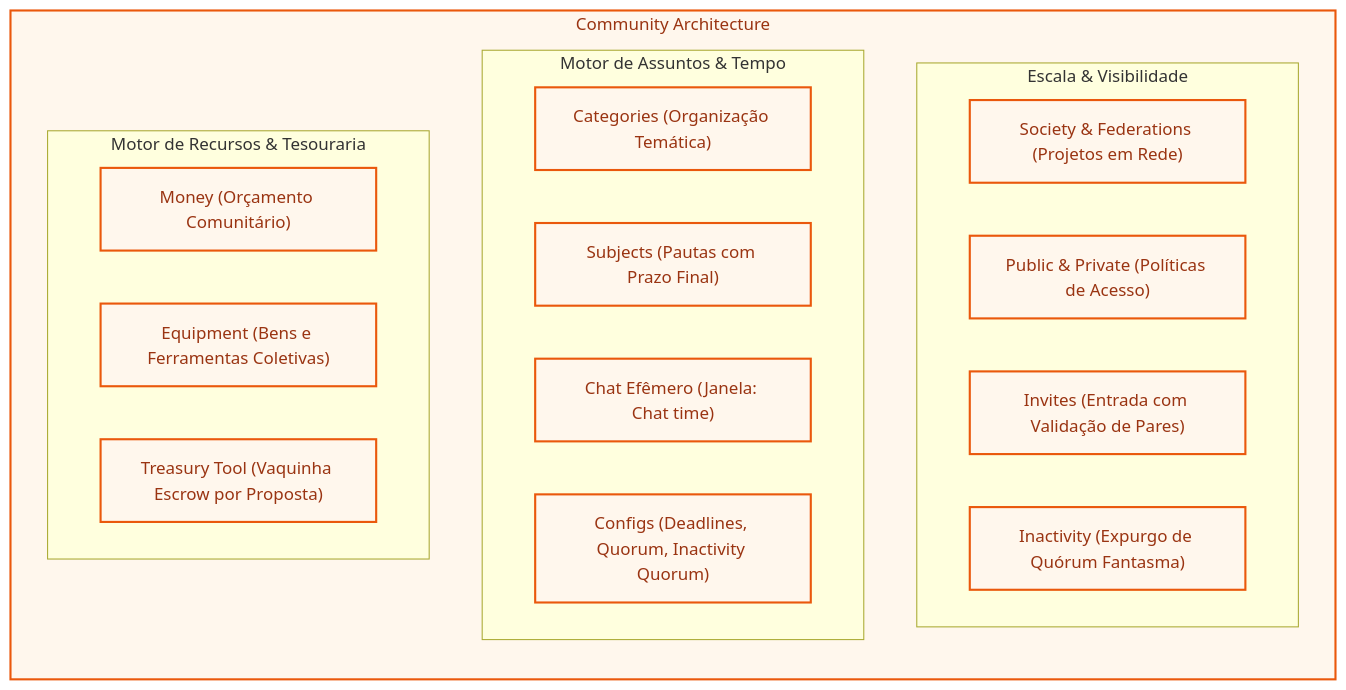
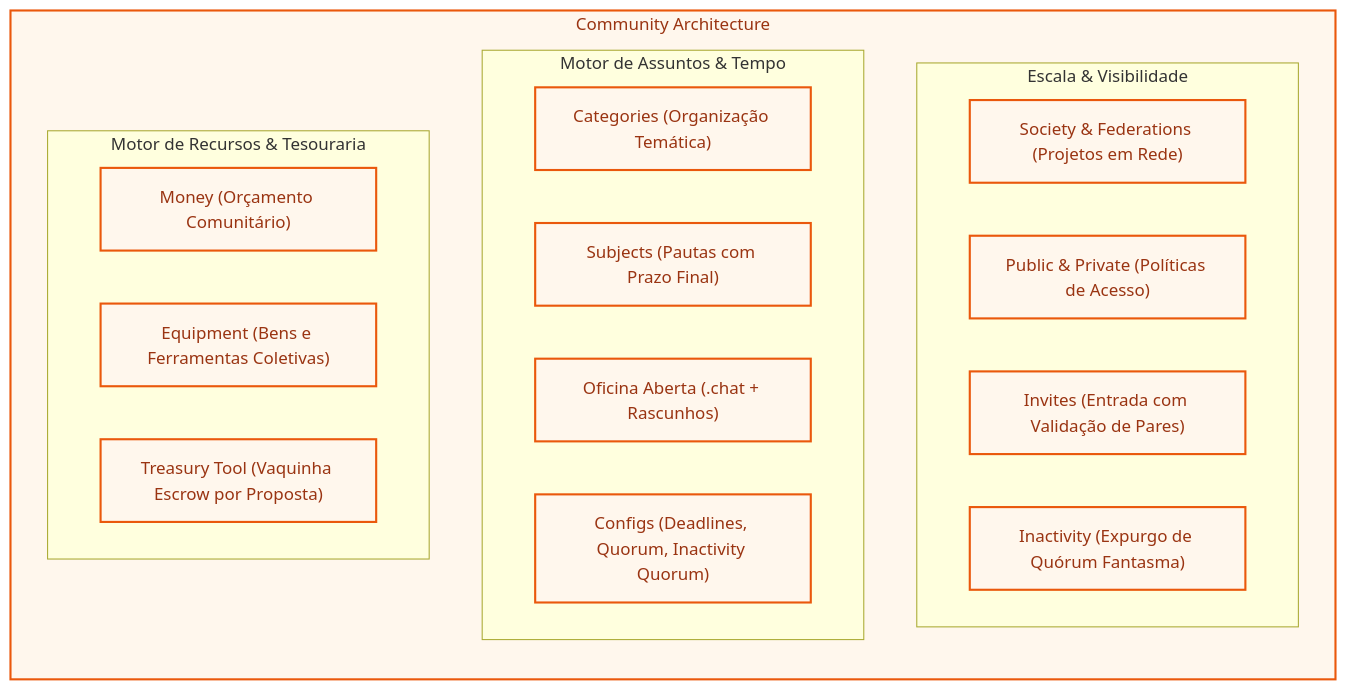
One commit to mBaiadori/sintetizing changed the first of 2 diagrams in system-design/01_COMMUNITY.md. Above: the diagram before and after it, drawn with Mermaid. The commit also changed other lines of this file and 59 other files, not shown here.

````diff
--- a/system-design/01_COMMUNITY.md
+++ b/system-design/01_COMMUNITY.md
@@ -22,28 +22,28 @@
 ```mermaid
 flowchart TD
     classDef comm fill:#fff7ed,stroke:#ea580c,stroke-width:2px,color:#9a3412;
 
     subgraph CommunityModel ["Community Architecture"]
         direction TB
         subgraph GroupScale ["Escala & Visibilidade"]
             FED["Society & Federations (Projetos em Rede)"]
             SCOPE["Public & Private (Políticas de Acesso)"]
             INV["Invites (Entrada com Validação de Pares)"]
             INA["Inactivity (Expurgo de Quórum Fantasma)"]
         end
         
         subgraph SubjectEngine ["Motor de Assuntos & Tempo"]
             CAT["Categories (Organização Temática)"]
             SUBJ["Subjects (Pautas com Prazo Final)"]
-            CHAT["Chat Efêmero (Janela: Chat time)"]
+            CHAT["Oficina Aberta (.chat + Rascunhos)"]
             CFG["Configs (Deadlines, Quorum, Inactivity Quorum)"]
         end
 
         subgraph ResourceEngine ["Motor de Recursos & Tesouraria"]
             RES_MONEY["Money (Orçamento Comunitário)"]
             RES_EQUIP["Equipment (Bens e Ferramentas Coletivas)"]
             TREASURY["Treasury Tool (Vaquinha Escrow por Proposta)"]
         end
     end
     class CommunityModel,FED,SCOPE,INV,INA,CAT,SUBJ,CHAT,CFG,RES_MONEY,RES_EQUIP,TREASURY comm;
 ```
````
